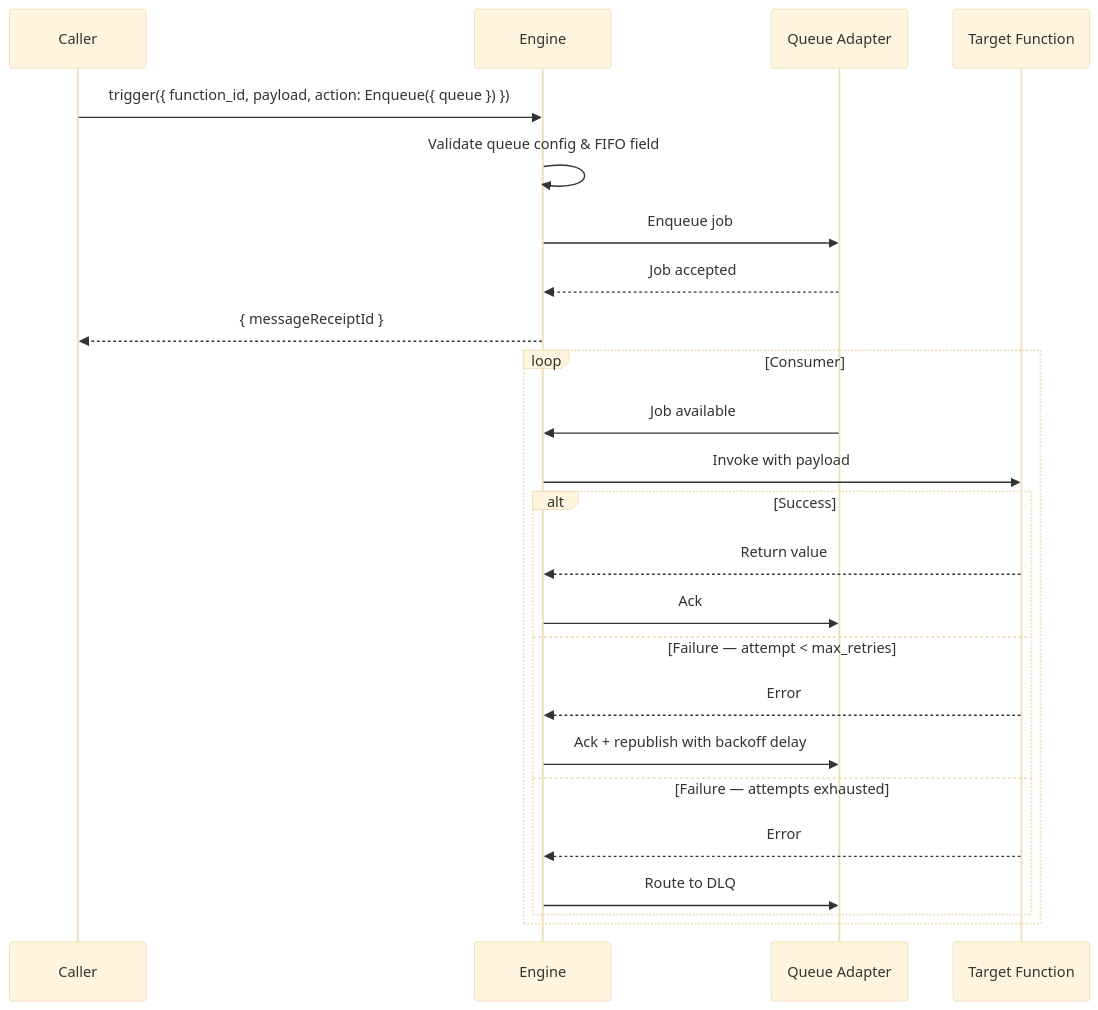
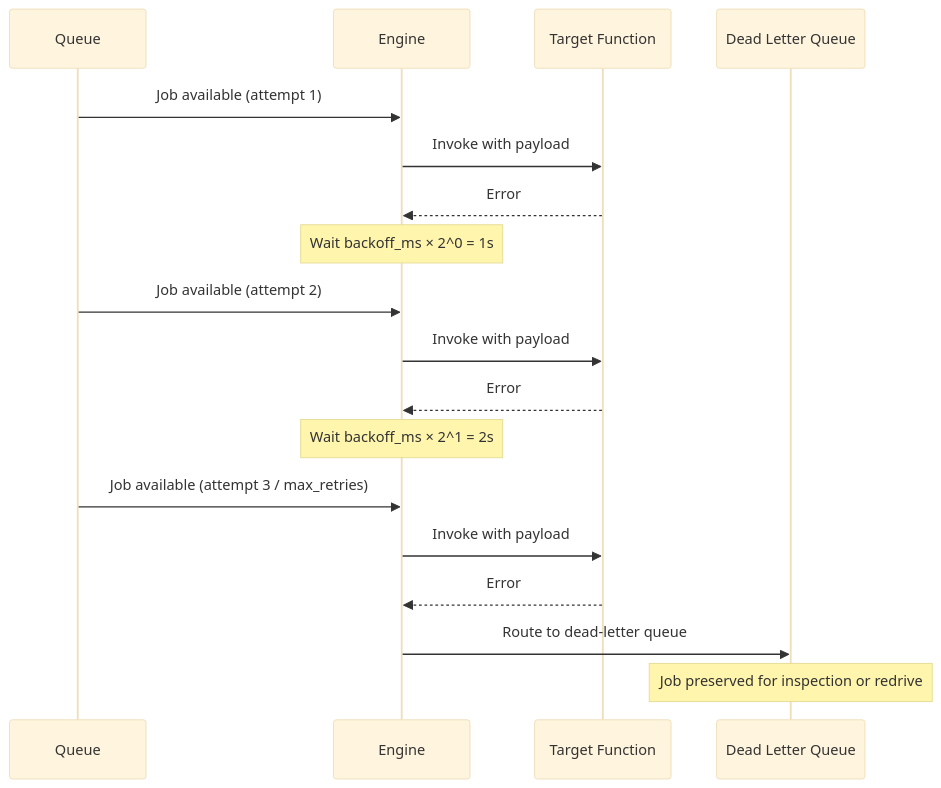
Before and after one commit to iii-hq/iii: the third of 4 diagrams in docs/modules/module-queue.mdx, drawn with Mermaid (base theme). The commit also changed other lines of this file and 1 other file, not shown here.

First line of the commit message:
docs: move standard-vs-fifo comparison and retry diagram to module-queue

````diff
--- a/docs/modules/module-queue.mdx
+++ b/docs/modules/module-queue.mdx
@@ -270,28 +339,26 @@
 ```mermaid
 sequenceDiagram
-    participant C as Caller
+    participant Q as Queue
     participant E as Engine
-    participant Q as Queue Adapter
     participant F as Target Function
+    participant DLQ as Dead Letter Queue
 
-    C->>E: trigger({ function_id, payload, action: Enqueue({ queue }) })
-    E->>E: Validate queue config & FIFO field
-    E->>Q: Enqueue job
-    Q-->>E: Job accepted
-    E-->>C: { messageReceiptId }
+    Q->>E: Job available (attempt 1)
+    E->>F: Invoke with payload
+    F-->>E: Error
 
-    loop Consumer
-        Q->>E: Job available
-        E->>F: Invoke with payload
-        alt Success
-            F-->>E: Return value
-            E->>Q: Ack
-        else Failure — attempt < max_retries
-            F-->>E: Error
-            E->>Q: Ack + republish with backoff delay
-        else Failure — attempts exhausted
-            F-->>E: Error
-            E->>Q: Route to DLQ
-        end
-    end
+    Note over E: Wait backoff_ms × 2^0 = 1s
+
+    Q->>E: Job available (attempt 2)
+    E->>F: Invoke with payload
+    F-->>E: Error
+
+    Note over E: Wait backoff_ms × 2^1 = 2s
+
+    Q->>E: Job available (attempt 3 / max_retries)
+    E->>F: Invoke with payload
+    F-->>E: Error
+
+    E->>DLQ: Route to dead-letter queue
+    Note over DLQ: Job preserved for inspection or redrive
 ```
````
